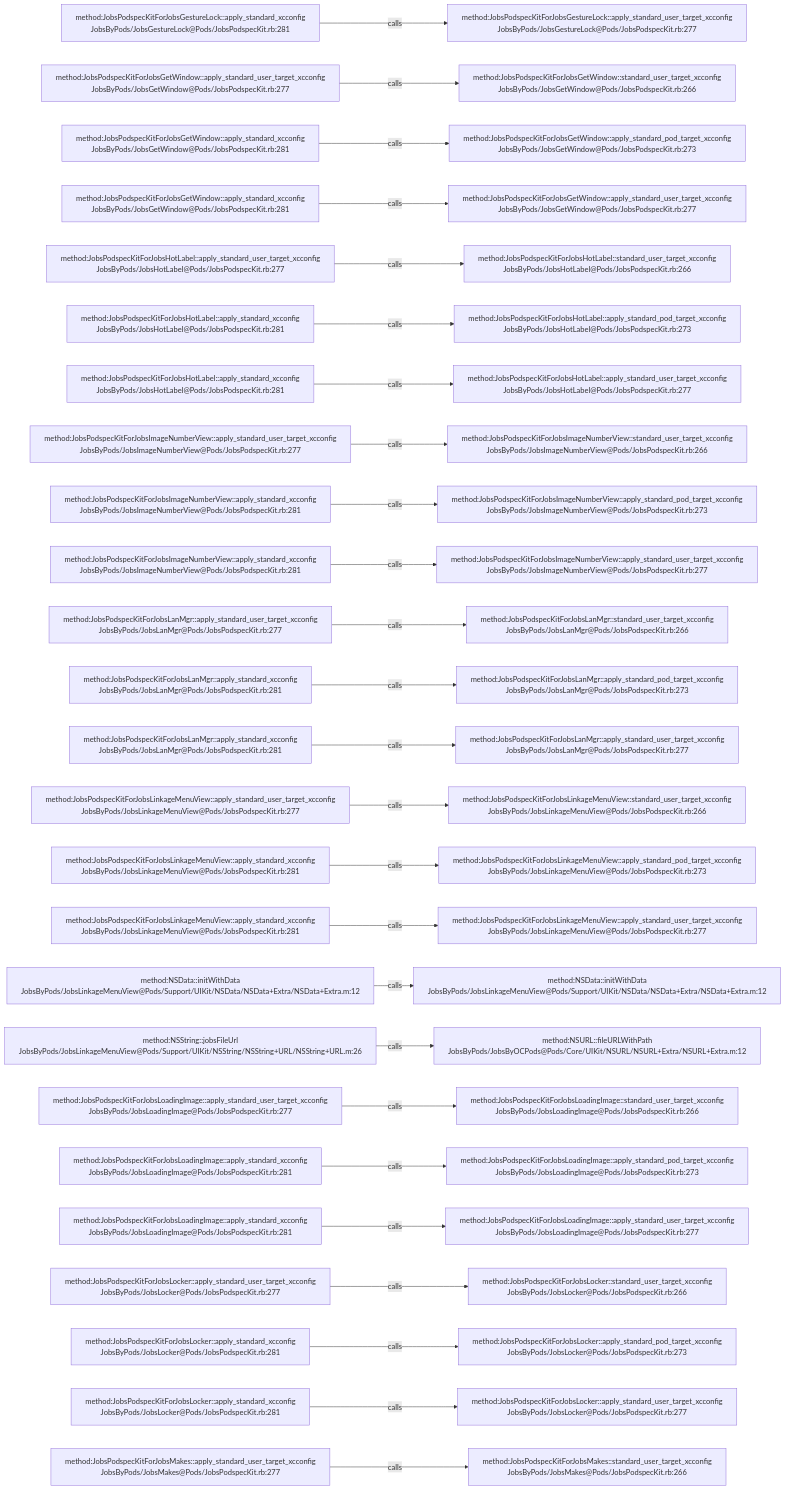
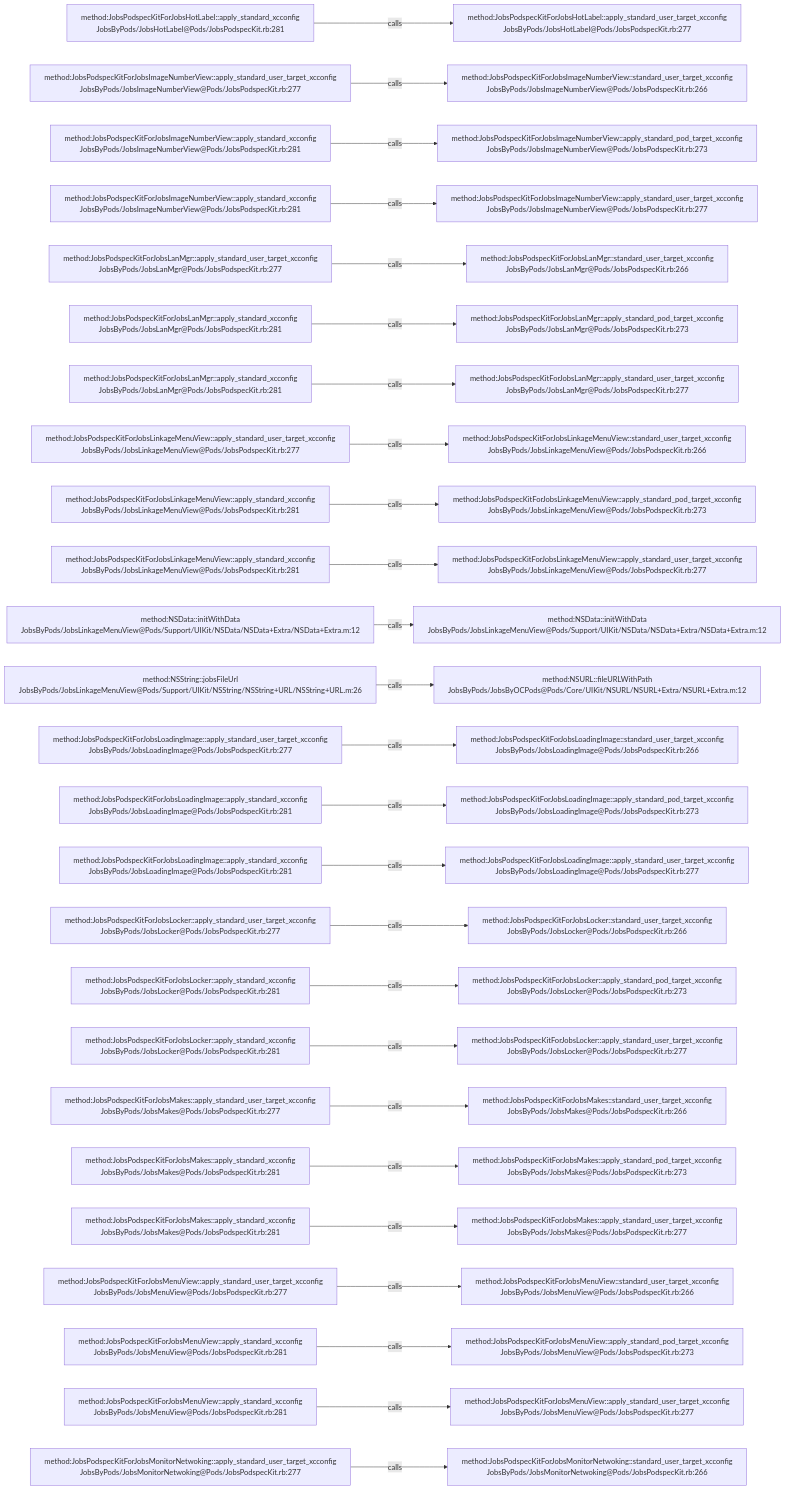
Before and after one commit to JobsKits/JobsOCBaseConfigDemo: the diagram in .codegraph/codegraph.md/graphs/calls-005.md, drawn with Mermaid. The commit also changed 666 other files, not shown here.

````diff
--- a/.codegraph/codegraph.md/graphs/calls-005.md
+++ b/.codegraph/codegraph.md/graphs/calls-005.md
@@ -13,78 +13,78 @@
 ```mermaid
 flowchart LR
-  S1["method:JobsPodspecKitForJobsGestureLock::apply_standard_xcconfig<br/>JobsByPods/JobsGestureLock@Pods/JobsPodspecKit.rb:281"]
-  T1["method:JobsPodspecKitForJobsGestureLock::apply_standard_user_target_xcconfig<br/>JobsByPods/JobsGestureLock@Pods/JobsPodspecKit.rb:277"]
+  S1["method:JobsPodspecKitForJobsHotLabel::apply_standard_xcconfig<br/>JobsByPods/JobsHotLabel@Pods/JobsPodspecKit.rb:281"]
+  T1["method:JobsPodspecKitForJobsHotLabel::apply_standard_user_target_xcconfig<br/>JobsByPods/JobsHotLabel@Pods/JobsPodspecKit.rb:277"]
   S1 -->|calls| T1
-  S2["method:JobsPodspecKitForJobsGetWindow::apply_standard_user_target_xcconfig<br/>JobsByPods/JobsGetWindow@Pods/JobsPodspecKit.rb:277"]
-  T2["method:JobsPodspecKitForJobsGetWindow::standard_user_target_xcconfig<br/>JobsByPods/JobsGetWindow@Pods/JobsPodspecKit.rb:266"]
+  S2["method:JobsPodspecKitForJobsImageNumberView::apply_standard_user_target_xcconfig<br/>JobsByPods/JobsImageNumberView@Pods/JobsPodspecKit.rb:277"]
+  T2["method:JobsPodspecKitForJobsImageNumberView::standard_user_target_xcconfig<br/>JobsByPods/JobsImageNumberView@Pods/JobsPodspecKit.rb:266"]
   S2 -->|calls| T2
-  S3["method:JobsPodspecKitForJobsGetWindow::apply_standard_xcconfig<br/>JobsByPods/JobsGetWindow@Pods/JobsPodspecKit.rb:281"]
-  T3["method:JobsPodspecKitForJobsGetWindow::apply_standard_pod_target_xcconfig<br/>JobsByPods/JobsGetWindow@Pods/JobsPodspecKit.rb:273"]
+  S3["method:JobsPodspecKitForJobsImageNumberView::apply_standard_xcconfig<br/>JobsByPods/JobsImageNumberView@Pods/JobsPodspecKit.rb:281"]
+  T3["method:JobsPodspecKitForJobsImageNumberView::apply_standard_pod_target_xcconfig<br/>JobsByPods/JobsImageNumberView@Pods/JobsPodspecKit.rb:273"]
   S3 -->|calls| T3
-  S4["method:JobsPodspecKitForJobsGetWindow::apply_standard_xcconfig<br/>JobsByPods/JobsGetWindow@Pods/JobsPodspecKit.rb:281"]
-  T4["method:JobsPodspecKitForJobsGetWindow::apply_standard_user_target_xcconfig<br/>JobsByPods/JobsGetWindow@Pods/JobsPodspecKit.rb:277"]
+  S4["method:JobsPodspecKitForJobsImageNumberView::apply_standard_xcconfig<br/>JobsByPods/JobsImageNumberView@Pods/JobsPodspecKit.rb:281"]
+  T4["method:JobsPodspecKitForJobsImageNumberView::apply_standard_user_target_xcconfig<br/>JobsByPods/JobsImageNumberView@Pods/JobsPodspecKit.rb:277"]
   S4 -->|calls| T4
-  S5["method:JobsPodspecKitForJobsHotLabel::apply_standard_user_target_xcconfig<br/>JobsByPods/JobsHotLabel@Pods/JobsPodspecKit.rb:277"]
-  T5["method:JobsPodspecKitForJobsHotLabel::standard_user_target_xcconfig<br/>JobsByPods/JobsHotLabel@Pods/JobsPodspecKit.rb:266"]
+  S5["method:JobsPodspecKitForJobsLanMgr::apply_standard_user_target_xcconfig<br/>JobsByPods/JobsLanMgr@Pods/JobsPodspecKit.rb:277"]
+  T5["method:JobsPodspecKitForJobsLanMgr::standard_user_target_xcconfig<br/>JobsByPods/JobsLanMgr@Pods/JobsPodspecKit.rb:266"]
   S5 -->|calls| T5
-  S6["method:JobsPodspecKitForJobsHotLabel::apply_standard_xcconfig<br/>JobsByPods/JobsHotLabel@Pods/JobsPodspecKit.rb:281"]
-  T6["method:JobsPodspecKitForJobsHotLabel::apply_standard_pod_target_xcconfig<br/>JobsByPods/JobsHotLabel@Pods/JobsPodspecKit.rb:273"]
+  S6["method:JobsPodspecKitForJobsLanMgr::apply_standard_xcconfig<br/>JobsByPods/JobsLanMgr@Pods/JobsPodspecKit.rb:281"]
+  T6["method:JobsPodspecKitForJobsLanMgr::apply_standard_pod_target_xcconfig<br/>JobsByPods/JobsLanMgr@Pods/JobsPodspecKit.rb:273"]
   S6 -->|calls| T6
-  S7["method:JobsPodspecKitForJobsHotLabel::apply_standard_xcconfig<br/>JobsByPods/JobsHotLabel@Pods/JobsPodspecKit.rb:281"]
-  T7["method:JobsPodspecKitForJobsHotLabel::apply_standard_user_target_xcconfig<br/>JobsByPods/JobsHotLabel@Pods/JobsPodspecKit.rb:277"]
+  S7["method:JobsPodspecKitForJobsLanMgr::apply_standard_xcconfig<br/>JobsByPods/JobsLanMgr@Pods/JobsPodspecKit.rb:281"]
+  T7["method:JobsPodspecKitForJobsLanMgr::apply_standard_user_target_xcconfig<br/>JobsByPods/JobsLanMgr@Pods/JobsPodspecKit.rb:277"]
   S7 -->|calls| T7
-  S8["method:JobsPodspecKitForJobsImageNumberView::apply_standard_user_target_xcconfig<br/>JobsByPods/JobsImageNumberView@Pods/JobsPodspecKit.rb:277"]
-  T8["method:JobsPodspecKitForJobsImageNumberView::standard_user_target_xcconfig<br/>JobsByPods/JobsImageNumberView@Pods/JobsPodspecKit.rb:266"]
+  S8["method:JobsPodspecKitForJobsLinkageMenuView::apply_standard_user_target_xcconfig<br/>JobsByPods/JobsLinkageMenuView@Pods/JobsPodspecKit.rb:277"]
+  T8["method:JobsPodspecKitForJobsLinkageMenuView::standard_user_target_xcconfig<br/>JobsByPods/JobsLinkageMenuView@Pods/JobsPodspecKit.rb:266"]
   S8 -->|calls| T8
-  S9["method:JobsPodspecKitForJobsImageNumberView::apply_standard_xcconfig<br/>JobsByPods/JobsImageNumberView@Pods/JobsPodspecKit.rb:281"]
-  T9["method:JobsPodspecKitForJobsImageNumberView::apply_standard_pod_target_xcconfig<br/>JobsByPods/JobsImageNumberView@Pods/JobsPodspecKit.rb:273"]
+  S9["method:JobsPodspecKitForJobsLinkageMenuView::apply_standard_xcconfig<br/>JobsByPods/JobsLinkageMenuView@Pods/JobsPodspecKit.rb:281"]
+  T9["method:JobsPodspecKitForJobsLinkageMenuView::apply_standard_pod_target_xcconfig<br/>JobsByPods/JobsLinkageMenuView@Pods/JobsPodspecKit.rb:273"]
   S9 -->|calls| T9
-  S10["method:JobsPodspecKitForJobsImageNumberView::apply_standard_xcconfig<br/>JobsByPods/JobsImageNumberView@Pods/JobsPodspecKit.rb:281"]
-  T10["method:JobsPodspecKitForJobsImageNumberView::apply_standard_user_target_xcconfig<br/>JobsByPods/JobsImageNumberView@Pods/JobsPodspecKit.rb:277"]
+  S10["method:JobsPodspecKitForJobsLinkageMenuView::apply_standard_xcconfig<br/>JobsByPods/JobsLinkageMenuView@Pods/JobsPodspecKit.rb:281"]
+  T10["method:JobsPodspecKitForJobsLinkageMenuView::apply_standard_user_target_xcconfig<br/>JobsByPods/JobsLinkageMenuView@Pods/JobsPodspecKit.rb:277"]
   S10 -->|calls| T10
-  S11["method:JobsPodspecKitForJobsLanMgr::apply_standard_user_target_xcconfig<br/>JobsByPods/JobsLanMgr@Pods/JobsPodspecKit.rb:277"]
-  T11["method:JobsPodspecKitForJobsLanMgr::standard_user_target_xcconfig<br/>JobsByPods/JobsLanMgr@Pods/JobsPodspecKit.rb:266"]
+  S11["method:NSData::initWithData<br/>JobsByPods/JobsLinkageMenuView@Pods/Support/UIKit/NSData/NSData+Extra/NSData+Extra.m:12"]
+  T11["method:NSData::initWithData<br/>JobsByPods/JobsLinkageMenuView@Pods/Support/UIKit/NSData/NSData+Extra/NSData+Extra.m:12"]
   S11 -->|calls| T11
-  S12["method:JobsPodspecKitForJobsLanMgr::apply_standard_xcconfig<br/>JobsByPods/JobsLanMgr@Pods/JobsPodspecKit.rb:281"]
-  T12["method:JobsPodspecKitForJobsLanMgr::apply_standard_pod_target_xcconfig<br/>JobsByPods/JobsLanMgr@Pods/JobsPodspecKit.rb:273"]
+  S12["method:NSString::jobsFileUrl<br/>JobsByPods/JobsLinkageMenuView@Pods/Support/UIKit/NSString/NSString+URL/NSString+URL.m:26"]
+  T12["method:NSURL::fileURLWithPath<br/>JobsByPods/JobsByOCPods@Pods/Core/UIKit/NSURL/NSURL+Extra/NSURL+Extra.m:12"]
   S12 -->|calls| T12
-  S13["method:JobsPodspecKitForJobsLanMgr::apply_standard_xcconfig<br/>JobsByPods/JobsLanMgr@Pods/JobsPodspecKit.rb:281"]
-  T13["method:JobsPodspecKitForJobsLanMgr::apply_standard_user_target_xcconfig<br/>JobsByPods/JobsLanMgr@Pods/JobsPodspecKit.rb:277"]
+  S13["method:JobsPodspecKitForJobsLoadingImage::apply_standard_user_target_xcconfig<br/>JobsByPods/JobsLoadingImage@Pods/JobsPodspecKit.rb:277"]
+  T13["method:JobsPodspecKitForJobsLoadingImage::standard_user_target_xcconfig<br/>JobsByPods/JobsLoadingImage@Pods/JobsPodspecKit.rb:266"]
   S13 -->|calls| T13
-  S14["method:JobsPodspecKitForJobsLinkageMenuView::apply_standard_user_target_xcconfig<br/>JobsByPods/JobsLinkageMenuView@Pods/JobsPodspecKit.rb:277"]
-  T14["method:JobsPodspecKitForJobsLinkageMenuView::standard_user_target_xcconfig<br/>JobsByPods/JobsLinkageMenuView@Pods/JobsPodspecKit.rb:266"]
+  S14["method:JobsPodspecKitForJobsLoadingImage::apply_standard_xcconfig<br/>JobsByPods/JobsLoadingImage@Pods/JobsPodspecKit.rb:281"]
+  T14["method:JobsPodspecKitForJobsLoadingImage::apply_standard_pod_target_xcconfig<br/>JobsByPods/JobsLoadingImage@Pods/JobsPodspecKit.rb:273"]
   S14 -->|calls| T14
-  S15["method:JobsPodspecKitForJobsLinkageMenuView::apply_standard_xcconfig<br/>JobsByPods/JobsLinkageMenuView@Pods/JobsPodspecKit.rb:281"]
-  T15["method:JobsPodspecKitForJobsLinkageMenuView::apply_standard_pod_target_xcconfig<br/>JobsByPods/JobsLinkageMenuView@Pods/JobsPodspecKit.rb:273"]
+  S15["method:JobsPodspecKitForJobsLoadingImage::apply_standard_xcconfig<br/>JobsByPods/JobsLoadingImage@Pods/JobsPodspecKit.rb:281"]
+  T15["method:JobsPodspecKitForJobsLoadingImage::apply_standard_user_target_xcconfig<br/>JobsByPods/JobsLoadingImage@Pods/JobsPodspecKit.rb:277"]
   S15 -->|calls| T15
-  S16["method:JobsPodspecKitForJobsLinkageMenuView::apply_standard_xcconfig<br/>JobsByPods/JobsLinkageMenuView@Pods/JobsPodspecKit.rb:281"]
-  T16["method:JobsPodspecKitForJobsLinkageMenuView::apply_standard_user_target_xcconfig<br/>JobsByPods/JobsLinkageMenuView@Pods/JobsPodspecKit.rb:277"]
+  S16["method:JobsPodspecKitForJobsLocker::apply_standard_user_target_xcconfig<br/>JobsByPods/JobsLocker@Pods/JobsPodspecKit.rb:277"]
+  T16["method:JobsPodspecKitForJobsLocker::standard_user_target_xcconfig<br/>JobsByPods/JobsLocker@Pods/JobsPodspecKit.rb:266"]
   S16 -->|calls| T16
-  S17["method:NSData::initWithData<br/>JobsByPods/JobsLinkageMenuView@Pods/Support/UIKit/NSData/NSData+Extra/NSData+Extra.m:12"]
-  T17["method:NSData::initWithData<br/>JobsByPods/JobsLinkageMenuView@Pods/Support/UIKit/NSData/NSData+Extra/NSData+Extra.m:12"]
+  S17["method:JobsPodspecKitForJobsLocker::apply_standard_xcconfig<br/>JobsByPods/JobsLocker@Pods/JobsPodspecKit.rb:281"]
+  T17["method:JobsPodspecKitForJobsLocker::apply_standard_pod_target_xcconfig<br/>JobsByPods/JobsLocker@Pods/JobsPodspecKit.rb:273"]
   S17 -->|calls| T17
-  S18["method:NSString::jobsFileUrl<br/>JobsByPods/JobsLinkageMenuView@Pods/Support/UIKit/NSString/NSString+URL/NSString+URL.m:26"]
-  T18["method:NSURL::fileURLWithPath<br/>JobsByPods/JobsByOCPods@Pods/Core/UIKit/NSURL/NSURL+Extra/NSURL+Extra.m:12"]
+  S18["method:JobsPodspecKitForJobsLocker::apply_standard_xcconfig<br/>JobsByPods/JobsLocker@Pods/JobsPodspecKit.rb:281"]
+  T18["method:JobsPodspecKitForJobsLocker::apply_standard_user_target_xcconfig<br/>JobsByPods/JobsLocker@Pods/JobsPodspecKit.rb:277"]
   S18 -->|calls| T18
-  S19["method:JobsPodspecKitForJobsLoadingImage::apply_standard_user_target_xcconfig<br/>JobsByPods/JobsLoadingImage@Pods/JobsPodspecKit.rb:277"]
-  T19["method:JobsPodspecKitForJobsLoadingImage::standard_user_target_xcconfig<br/>JobsByPods/JobsLoadingImage@Pods/JobsPodspecKit.rb:266"]
+  S19["method:JobsPodspecKitForJobsMakes::apply_standard_user_target_xcconfig<br/>JobsByPods/JobsMakes@Pods/JobsPodspecKit.rb:277"]
+  T19["method:JobsPodspecKitForJobsMakes::standard_user_target_xcconfig<br/>JobsByPods/JobsMakes@Pods/JobsPodspecKit.rb:266"]
   S19 -->|calls| T19
-  S20["method:JobsPodspecKitForJobsLoadingImage::apply_standard_xcconfig<br/>JobsByPods/JobsLoadingImage@Pods/JobsPodspecKit.rb:281"]
-  T20["method:JobsPodspecKitForJobsLoadingImage::apply_standard_pod_target_xcconfig<br/>JobsByPods/JobsLoadingImage@Pods/JobsPodspecKit.rb:273"]
+  S20["method:JobsPodspecKitForJobsMakes::apply_standard_xcconfig<br/>JobsByPods/JobsMakes@Pods/JobsPodspecKit.rb:281"]
+  T20["method:JobsPodspecKitForJobsMakes::apply_standard_pod_target_xcconfig<br/>JobsByPods/JobsMakes@Pods/JobsPodspecKit.rb:273"]
   S20 -->|calls| T20
-  S21["method:JobsPodspecKitForJobsLoadingImage::apply_standard_xcconfig<br/>JobsByPods/JobsLoadingImage@Pods/JobsPodspecKit.rb:281"]
-  T21["method:JobsPodspecKitForJobsLoadingImage::apply_standard_user_target_xcconfig<br/>JobsByPods/JobsLoadingImage@Pods/JobsPodspecKit.rb:277"]
+  S21["method:JobsPodspecKitForJobsMakes::apply_standard_xcconfig<br/>JobsByPods/JobsMakes@Pods/JobsPodspecKit.rb:281"]
+  T21["method:JobsPodspecKitForJobsMakes::apply_standard_user_target_xcconfig<br/>JobsByPods/JobsMakes@Pods/JobsPodspecKit.rb:277"]
   S21 -->|calls| T21
-  S22["method:JobsPodspecKitForJobsLocker::apply_standard_user_target_xcconfig<br/>JobsByPods/JobsLocker@Pods/JobsPodspecKit.rb:277"]
-  T22["method:JobsPodspecKitForJobsLocker::standard_user_target_xcconfig<br/>JobsByPods/JobsLocker@Pods/JobsPodspecKit.rb:266"]
+  S22["method:JobsPodspecKitForJobsMenuView::apply_standard_user_target_xcconfig<br/>JobsByPods/JobsMenuView@Pods/JobsPodspecKit.rb:277"]
+  T22["method:JobsPodspecKitForJobsMenuView::standard_user_target_xcconfig<br/>JobsByPods/JobsMenuView@Pods/JobsPodspecKit.rb:266"]
   S22 -->|calls| T22
-  S23["method:JobsPodspecKitForJobsLocker::apply_standard_xcconfig<br/>JobsByPods/JobsLocker@Pods/JobsPodspecKit.rb:281"]
-  T23["method:JobsPodspecKitForJobsLocker::apply_standard_pod_target_xcconfig<br/>JobsByPods/JobsLocker@Pods/JobsPodspecKit.rb:273"]
+  S23["method:JobsPodspecKitForJobsMenuView::apply_standard_xcconfig<br/>JobsByPods/JobsMenuView@Pods/JobsPodspecKit.rb:281"]
+  T23["method:JobsPodspecKitForJobsMenuView::apply_standard_pod_target_xcconfig<br/>JobsByPods/JobsMenuView@Pods/JobsPodspecKit.rb:273"]
   S23 -->|calls| T23
-  S24["method:JobsPodspecKitForJobsLocker::apply_standard_xcconfig<br/>JobsByPods/JobsLocker@Pods/JobsPodspecKit.rb:281"]
-  T24["method:JobsPodspecKitForJobsLocker::apply_standard_user_target_xcconfig<br/>JobsByPods/JobsLocker@Pods/JobsPodspecKit.rb:277"]
+  S24["method:JobsPodspecKitForJobsMenuView::apply_standard_xcconfig<br/>JobsByPods/JobsMenuView@Pods/JobsPodspecKit.rb:281"]
+  T24["method:JobsPodspecKitForJobsMenuView::apply_standard_user_target_xcconfig<br/>JobsByPods/JobsMenuView@Pods/JobsPodspecKit.rb:277"]
   S24 -->|calls| T24
-  S25["method:JobsPodspecKitForJobsMakes::apply_standard_user_target_xcconfig<br/>JobsByPods/JobsMakes@Pods/JobsPodspecKit.rb:277"]
-  T25["method:JobsPodspecKitForJobsMakes::standard_user_target_xcconfig<br/>JobsByPods/JobsMakes@Pods/JobsPodspecKit.rb:266"]
+  S25["method:JobsPodspecKitForJobsMonitorNetwoking::apply_standard_user_target_xcconfig<br/>JobsByPods/JobsMonitorNetwoking@Pods/JobsPodspecKit.rb:277"]
+  T25["method:JobsPodspecKitForJobsMonitorNetwoking::standard_user_target_xcconfig<br/>JobsByPods/JobsMonitorNetwoking@Pods/JobsPodspecKit.rb:266"]
   S25 -->|calls| T25
 ```
````
